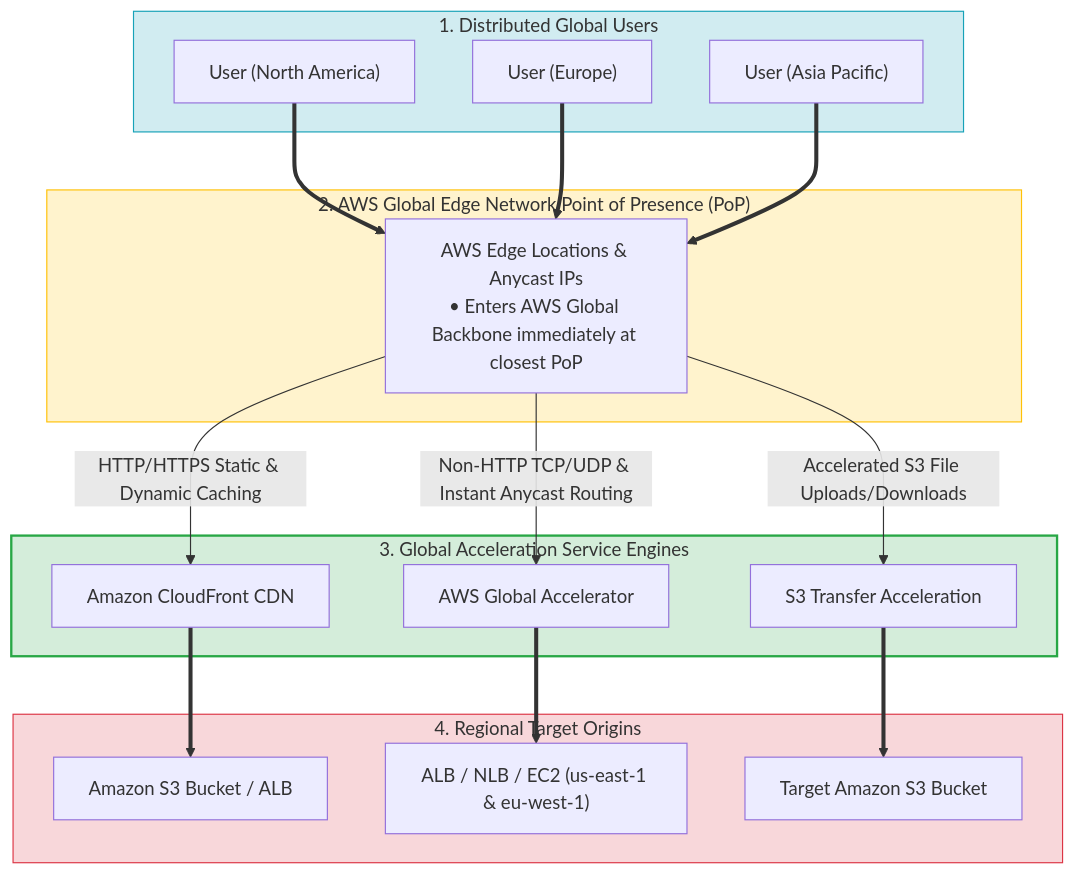
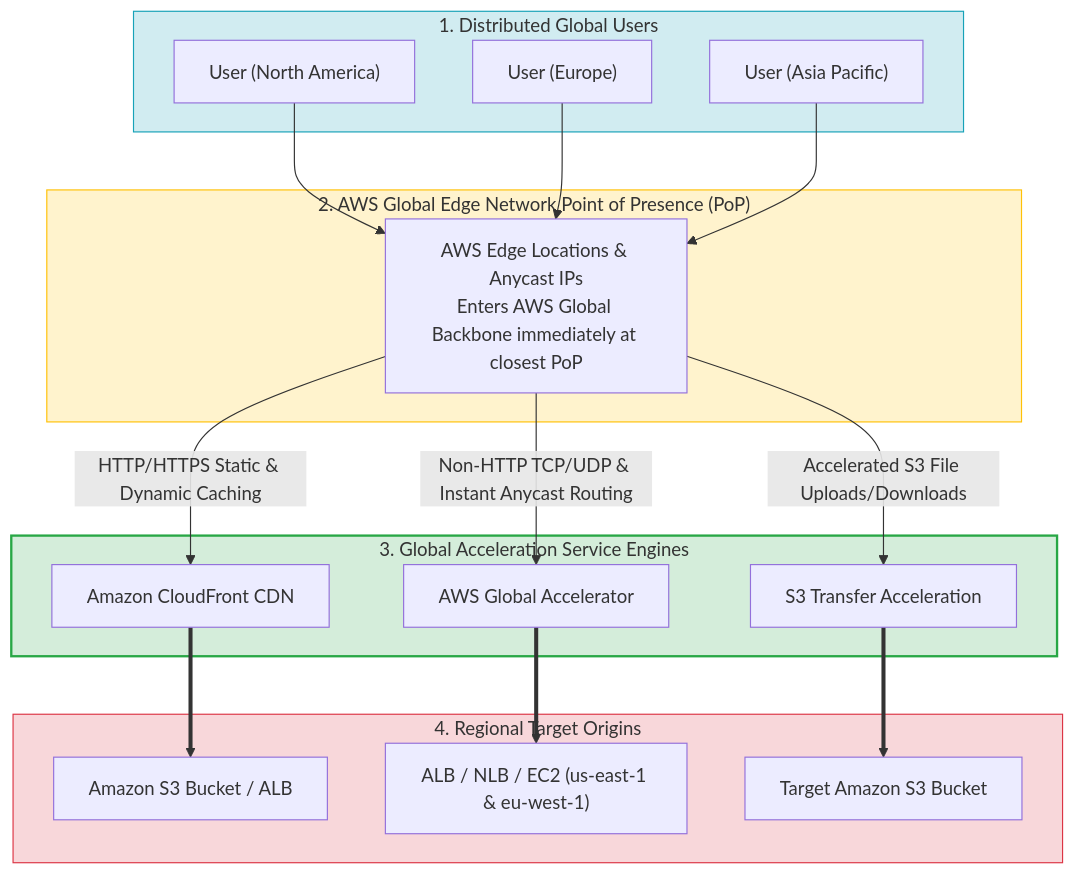
Before and after one commit to ReginRavi/AIP-C01: the first of 20 diagrams in Professional/3.3 Global service offerings (for example, AWS Global Accelerator, Amazon CloudFront, edge computing services).md, drawn with Mermaid. The commit also changed other lines of this file and 1 other file, not shown here.

Commit message:
Fix mermaid diagram syntax in Global service offerings and High-performing systems architectures notes

````diff
--- a/Professional/3.3 Global service offerings (for example, AWS Global Accelerator, Amazon CloudFront, edge computing services).md
+++ b/Professional/3.3 Global service offerings (for example, AWS Global Accelerator, Amazon CloudFront, edge computing services).md
@@ -11,31 +11,41 @@
 ```mermaid
 flowchart TD
     subgraph Global_Users ["1. Distributed Global Users"]
         UserUS["User (North America)"]
         UserEU["User (Europe)"]
         UserAP["User (Asia Pacific)"]
     end
 
     subgraph AWS_Edge_Locations ["2. AWS Global Edge Network Point of Presence (PoP)"]
-        EdgePoP["AWS Edge Locations & Anycast IPs<br/>• Enters AWS Global Backbone immediately at closest PoP"]
+        EdgePoP["AWS Edge Locations & Anycast IPs<br/>Enters AWS Global Backbone immediately at closest PoP"]
     end
 
     subgraph Service_Routing ["3. Global Acceleration Service Engines"]
-        EdgePoP -->|"HTTP/HTTPS Static & Dynamic Caching"| CloudFront["Amazon CloudFront CDN"]
-        EdgePoP -->|"Non-HTTP TCP/UDP & Instant Anycast Routing"| AGA["AWS Global Accelerator"]
-        EdgePoP -->|"Accelerated S3 File Uploads/Downloads"| S3TA["S3 Transfer Acceleration"]
+        CloudFront["Amazon CloudFront CDN"]
+        AGA["AWS Global Accelerator"]
+        S3TA["S3 Transfer Acceleration"]
     end
 
     subgraph AWS_Origins ["4. Regional Target Origins"]
-        CloudFront ==> S3Bucket["Amazon S3 Bucket / ALB"]
-        AGA ==> MultiRegionALB["ALB / NLB / EC2 (us-east-1 & eu-west-1)"]
-        S3TA ==> S3Target["Target Amazon S3 Bucket"]
+        S3Bucket["Amazon S3 Bucket / ALB"]
+        MultiRegionALB["ALB / NLB / EC2 (us-east-1 & eu-west-1)"]
+        S3Target["Target Amazon S3 Bucket"]
     end
 
-    UserUS & UserEU & UserAP ==> EdgePoP
+    UserUS --> EdgePoP
+    UserEU --> EdgePoP
+    UserAP --> EdgePoP
+
+    EdgePoP -->|"HTTP/HTTPS Static & Dynamic Caching"| CloudFront
+    EdgePoP -->|"Non-HTTP TCP/UDP & Instant Anycast Routing"| AGA
+    EdgePoP -->|"Accelerated S3 File Uploads/Downloads"| S3TA
+
+    CloudFront ==> S3Bucket
+    AGA ==> MultiRegionALB
+    S3TA ==> S3Target
 
     style Global_Users fill:#d1ecf1,stroke:#17a2b8,stroke-width:1px
     style AWS_Edge_Locations fill:#fff3cd,stroke:#ffc107,stroke-width:1px
     style Service_Routing fill:#d4edda,stroke:#28a745,stroke-width:2px
     style AWS_Origins fill:#f8d7da,stroke:#dc3545,stroke-width:1px
 ```
````
